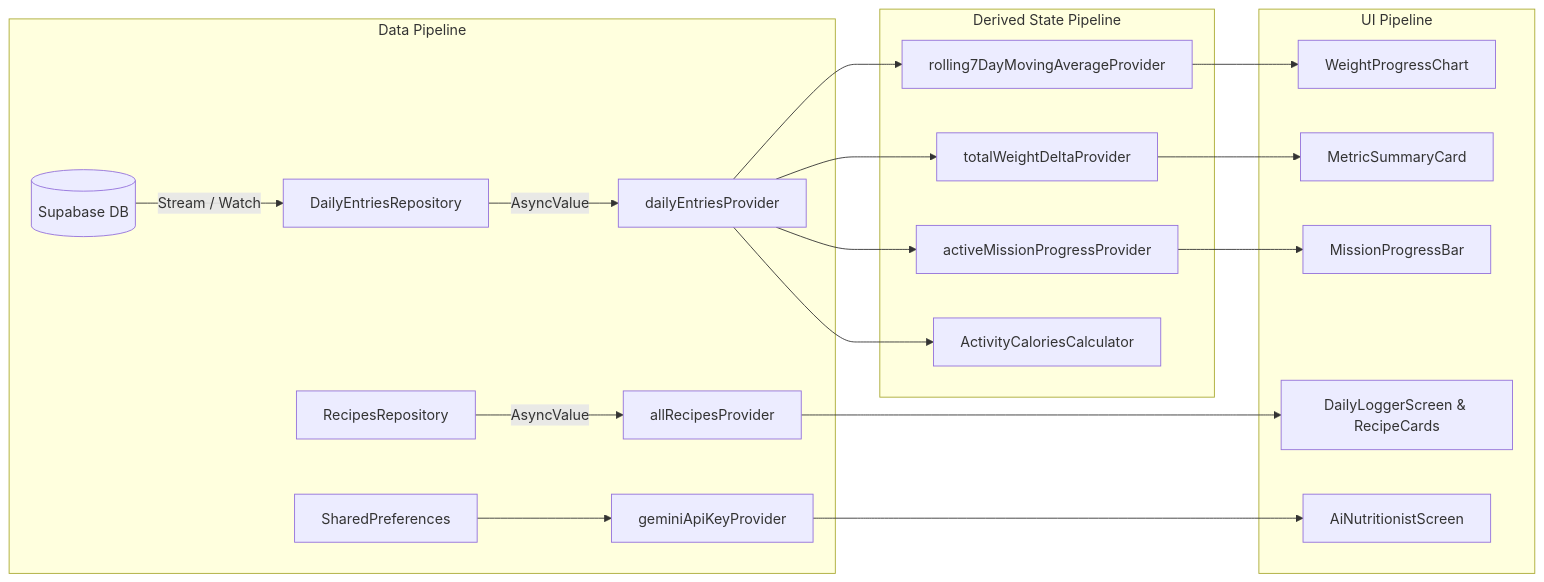
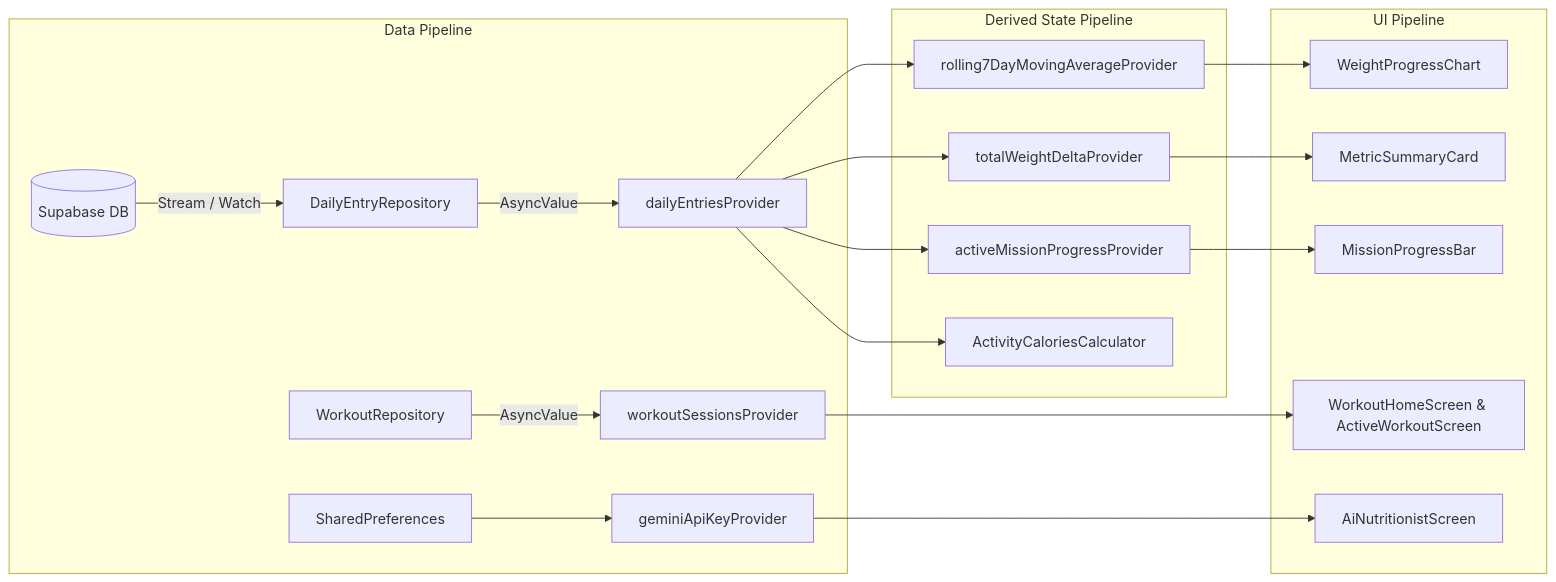
Before and after one commit to LiviuOloi/panda-fit: the fifth of 7 diagrams in ARCHITECTURE.md, drawn with Mermaid. The commit also changed other lines of this file and 3 other files, not shown here.

Commit message:
docs: update all master documentation files with full mobile, workout, reports, notifications, and offline sync specs

````diff
--- a/ARCHITECTURE.md
+++ b/ARCHITECTURE.md
@@ -194,24 +200,24 @@
 ```mermaid
 graph LR
     subgraph Data Pipeline
-        DB[(Supabase DB)] -->|Stream / Watch| Repo[DailyEntriesRepository]
+        DB[(Supabase DB)] -->|Stream / Watch| Repo[DailyEntryRepository]
         Repo -->|AsyncValue| Provider[dailyEntriesProvider]
-        RecipesRepo[RecipesRepository] -->|AsyncValue| AllRecipes[allRecipesProvider]
+        WorkoutRepo[WorkoutRepository] -->|AsyncValue| Sessions[workoutSessionsProvider]
         DeviceStorage[SharedPreferences] --> KeyProvider[geminiApiKeyProvider]
     end
 
     subgraph Derived State Pipeline
         Provider --> MAEngine[rolling7DayMovingAverageProvider]
         Provider --> DeltaEngine[totalWeightDeltaProvider]
         Provider --> MissionEngine[activeMissionProgressProvider]
         Provider --> CalorieEngine[ActivityCaloriesCalculator]
     end
 
     subgraph UI Pipeline
         MAEngine --> ChartWidget[WeightProgressChart]
         DeltaEngine --> MetricCard[MetricSummaryCard]
         MissionEngine --> MissionBar[MissionProgressBar]
-        AllRecipes --> DinnerSelector[DailyLoggerScreen & RecipeCards]
+        Sessions --> WorkoutUI[WorkoutHomeScreen & ActiveWorkoutScreen]
         KeyProvider --> AICoach[AiNutritionistScreen]
     end
 ```
````
